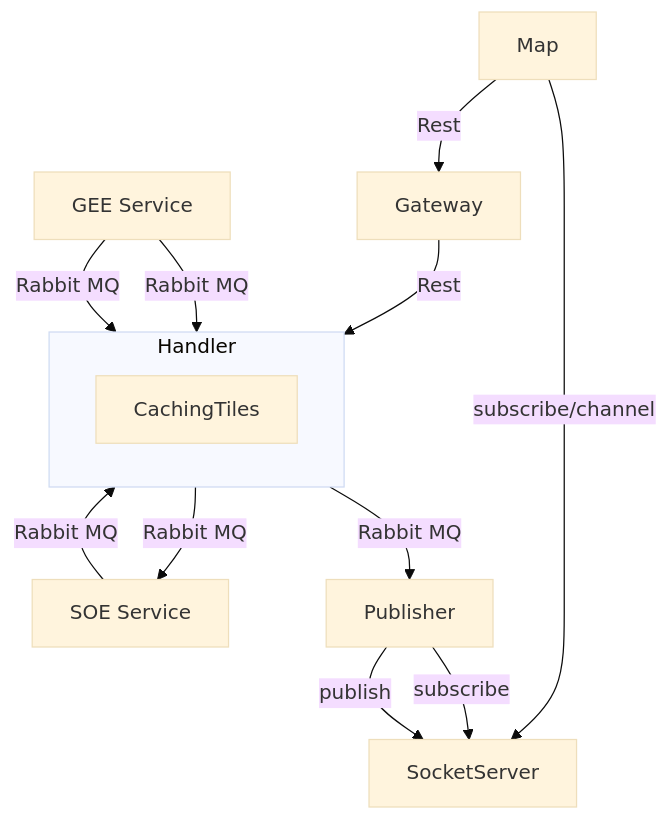
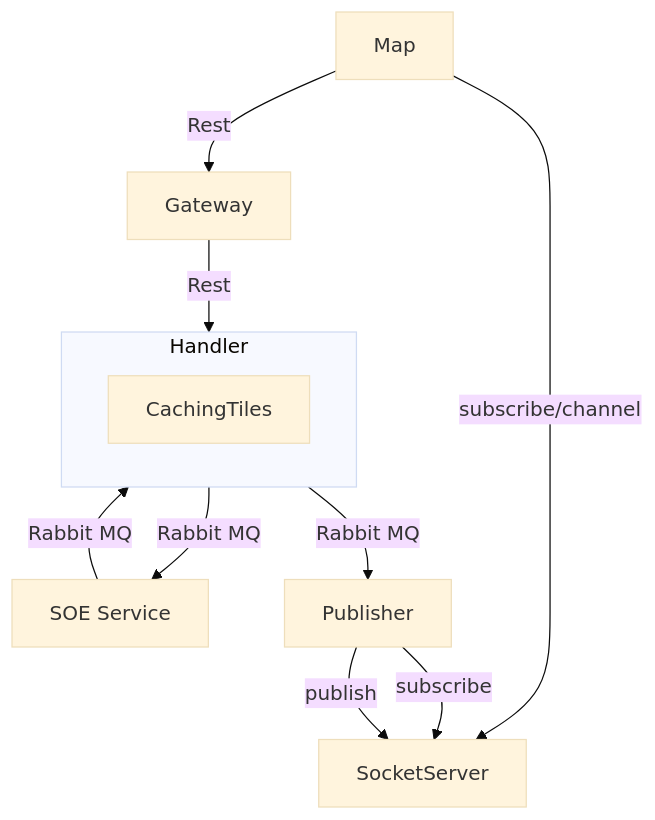
The first of 2 diagrams in docs/Image Processing Platform/Description.md (spaceomid/Documentation), drawn with Mermaid (base theme) before and after one commit. The commit also changed other lines of this file, not shown here.

````diff
--- a/docs/Image Processing Platform/Description.md
+++ b/docs/Image Processing Platform/Description.md
@@ -7,23 +7,20 @@
 ``` mermaid
 flowchart TB
     
 
     
     subgraph Handler
         CachingTiles
     end
 
     Map --subscribe/channel--> SocketServer
     Map --Rest--> Gateway
     Gateway --Rest--> Handler
     Handler --Rabbit MQ--> A[SOE Service]
-    B[GEE Service] --Rabbit MQ--> Handler
+
     Handler --Rabbit MQ--> Publisher
     Publisher --subscribe--> SocketServer    
     Publisher --publish--> SocketServer
     A[SOE Service] --Rabbit MQ--> Handler
-    B[GEE Service] --Rabbit MQ--> Handler
-    
-
     
 ```
````
